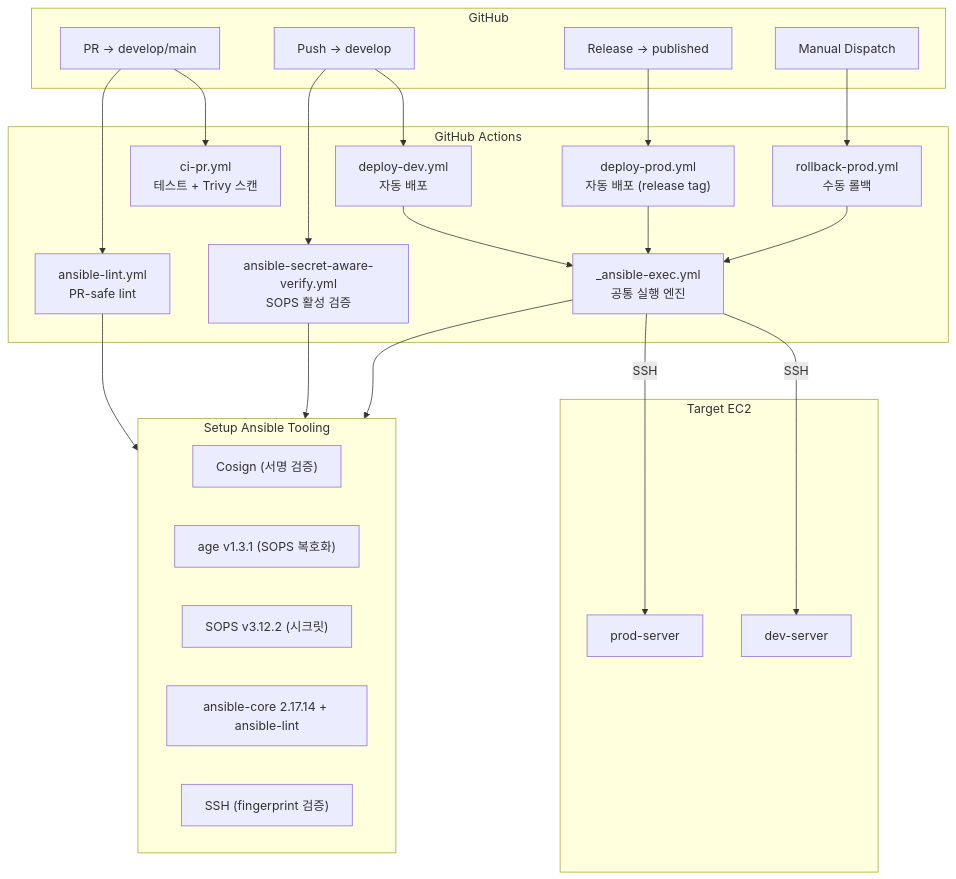
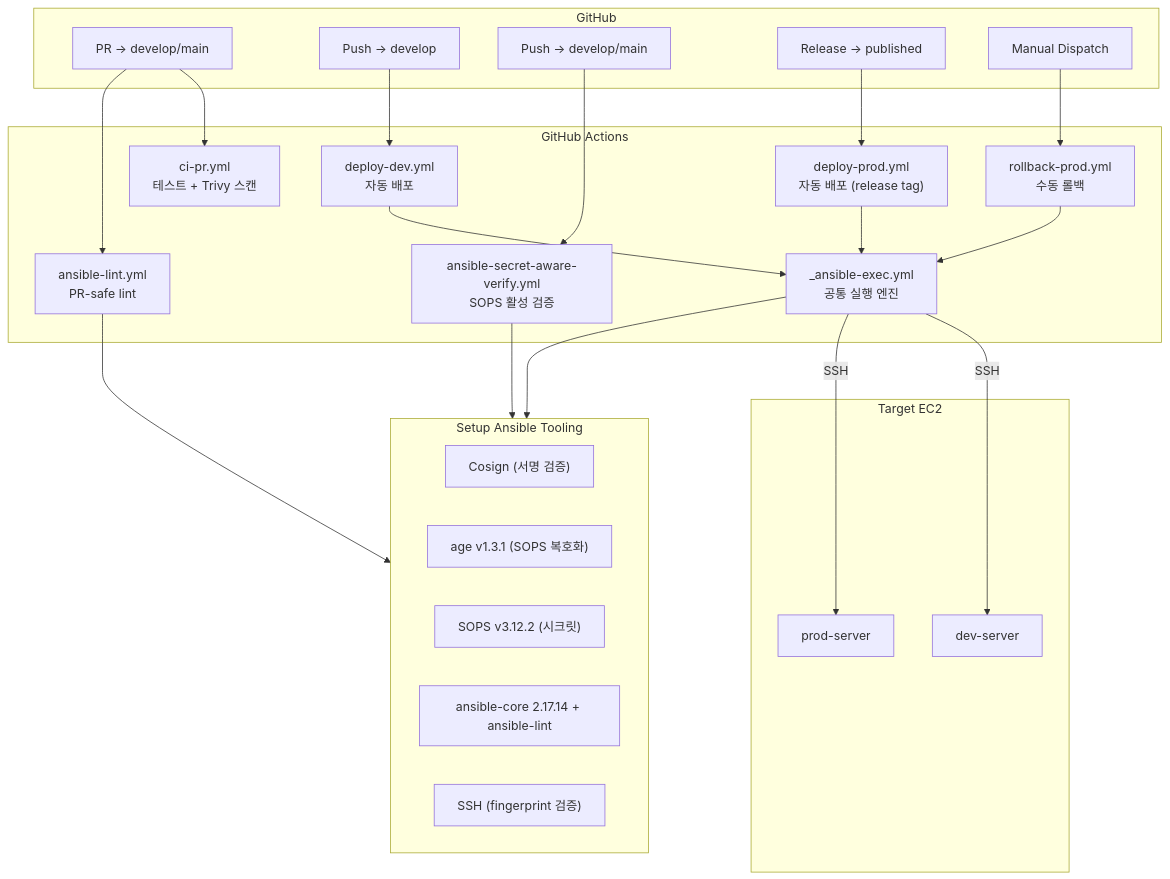
One commit to TEAM-BEAT/BEAT-SERVER changed the first of 10 diagrams in infra/README.md. Above: the diagram before and after it, drawn with Mermaid. The commit also changed other lines of this file, not shown here.

First line of the commit message:
chore: align infra README with the current deploy implementation

````diff
--- a/infra/README.md
+++ b/infra/README.md
@@ -88,47 +88,48 @@
 ```mermaid
 flowchart TB
     subgraph GitHub["GitHub"]
         PR["PR → develop/main"]
-        Push["Push → develop"]
+        PushDevelop["Push → develop"]
+        PushProtected["Push → develop/main"]
         ReleasePublished["Release → published"]
         Dispatch["Manual Dispatch"]
     end
 
     subgraph Workflows["GitHub Actions"]
         CIPR["ci-pr.yml<br/>테스트 + Trivy 스캔"]
         AnsibleLint["ansible-lint.yml<br/>PR-safe lint"]
         SecretAware["ansible-secret-aware-verify.yml<br/>SOPS 활성 검증"]
         DeployDev["deploy-dev.yml<br/>자동 배포"]
         DeployProd["deploy-prod.yml<br/>자동 배포 (release tag)"]
         RollbackProd["rollback-prod.yml<br/>수동 롤백"]
         AnsibleExec["_ansible-exec.yml<br/>공통 실행 엔진"]
     end
 
     subgraph Tooling["Setup Ansible Tooling"]
         Cosign["Cosign (서명 검증)"]
         Age["age v1.3.1 (SOPS 복호화)"]
         SOPS["SOPS v3.12.2 (시크릿)"]
         Ansible["ansible-core 2.17.14 + ansible-lint"]
         SSH["SSH (fingerprint 검증)"]
     end
 
     subgraph Server["Target EC2"]
         DevServer["dev-server"]
         ProdServer["prod-server"]
     end
 
     PR --> CIPR
     PR --> AnsibleLint
-    Push --> DeployDev
-    Push --> SecretAware
+    PushDevelop --> DeployDev
+    PushProtected --> SecretAware
     ReleasePublished --> DeployProd
     Dispatch --> RollbackProd
     DeployDev --> AnsibleExec
     DeployProd --> AnsibleExec
     RollbackProd --> AnsibleExec
     AnsibleLint --> Tooling
     SecretAware --> Tooling
     AnsibleExec --> Tooling
     AnsibleExec -->|"SSH"| DevServer
     AnsibleExec -->|"SSH"| ProdServer
 ```
````
